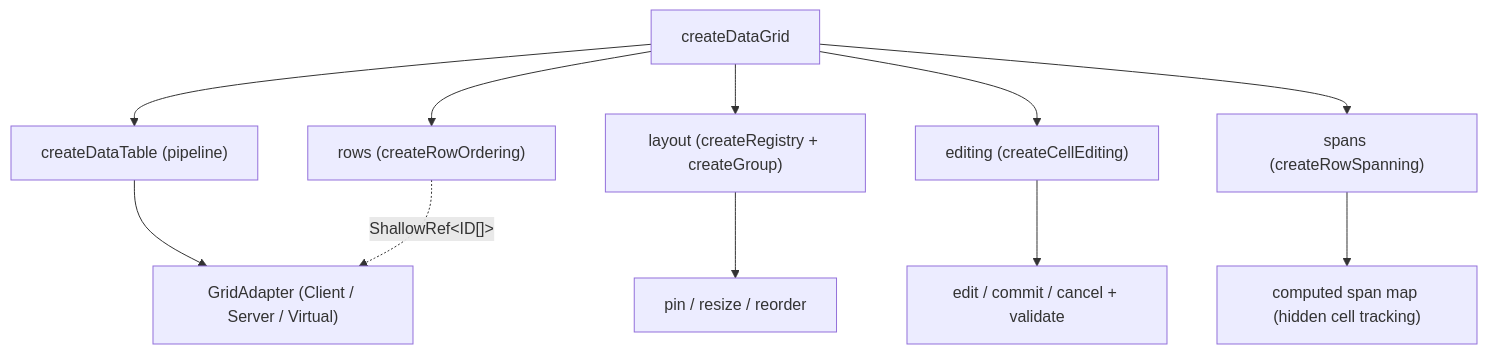
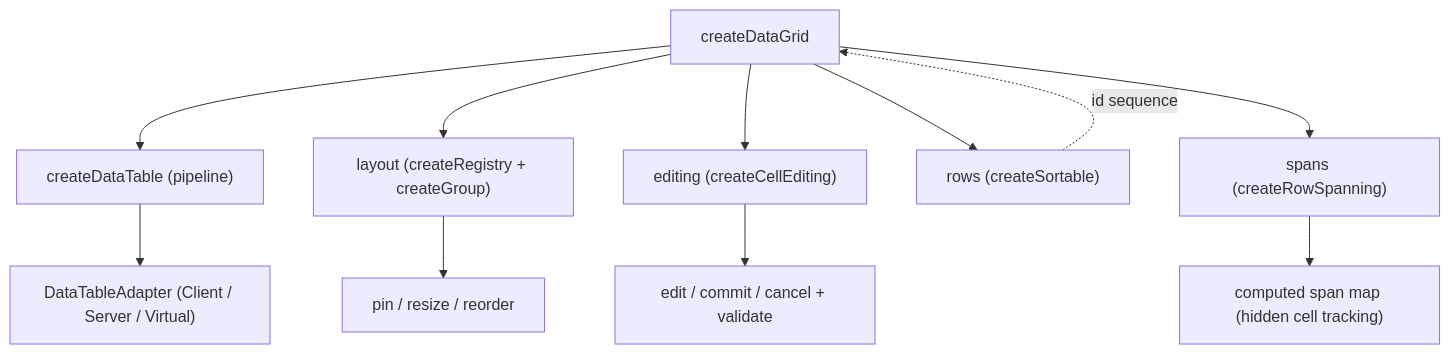
The first of 2 diagrams in apps/docs/src/pages/composables/data/create-data-grid.md (vuetifyjs/0), drawn with Mermaid before and after one commit. The commit also changed other lines of this file and 10 other files, not shown here.

First line of the commit message:
refactor(createDataGrid): row ordering via createSortable; drop adapter subclasses

````diff
--- a/apps/docs/src/pages/composables/data/create-data-grid.md
+++ b/apps/docs/src/pages/composables/data/create-data-grid.md
@@ -72,13 +72,13 @@
 ```mermaid "createDataGrid Architecture"
 flowchart TD
   createDataGrid:::primary --> table["createDataTable (pipeline)"]
   createDataGrid --> layout["layout (createRegistry + createGroup)"]
   createDataGrid --> editing["editing (createCellEditing)"]
-  createDataGrid --> ordering["rows (createRowOrdering)"]
+  createDataGrid --> ordering["rows (createSortable)"]
   createDataGrid --> spanning["spans (createRowSpanning)"]
-  table --> adapter["GridAdapter (Client / Server / Virtual)"]
-  ordering -. "ShallowRef&lt;ID[]&gt;" .-> adapter
+  table --> adapter["DataTableAdapter (Client / Server / Virtual)"]
+  ordering -. "id sequence" .-> createDataGrid
   layout --> pin["pin / resize / reorder"]
   editing --> edit["edit / commit / cancel + validate"]
   spanning --> span["computed span map (hidden cell tracking)"]
 ```
````
